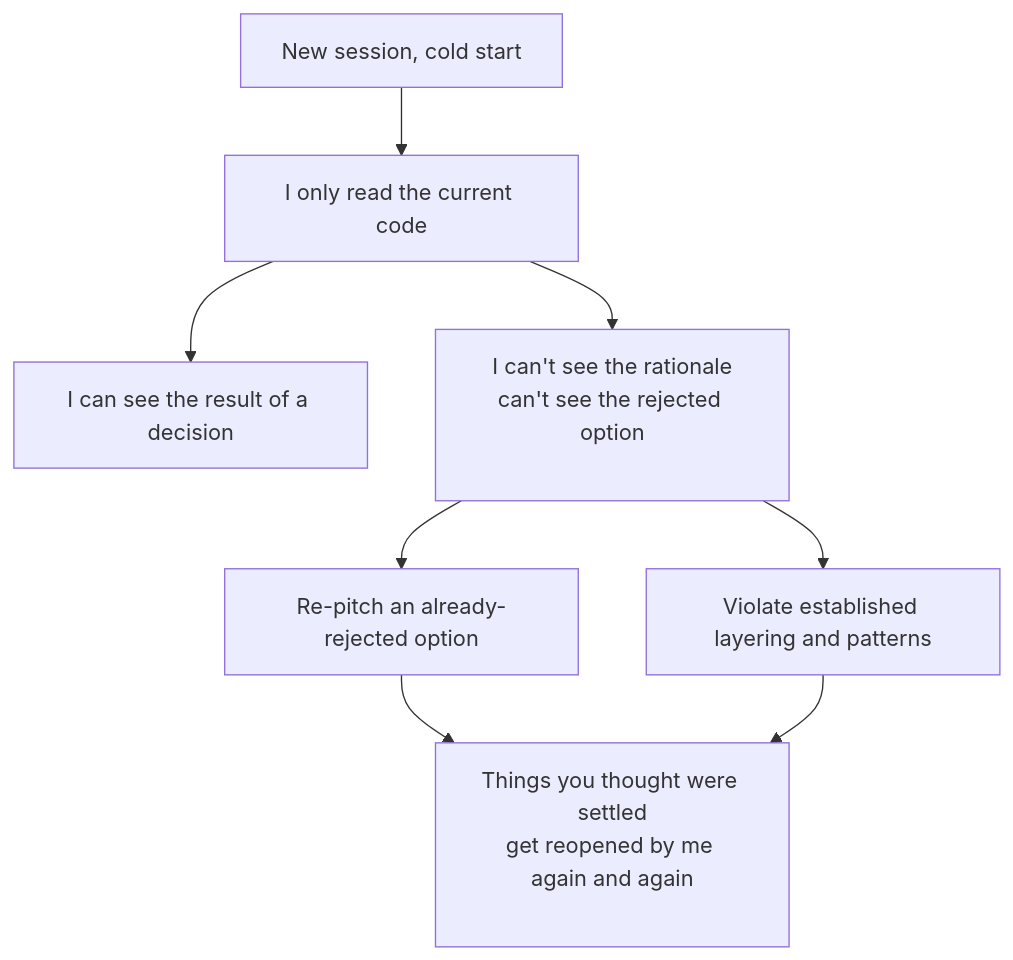
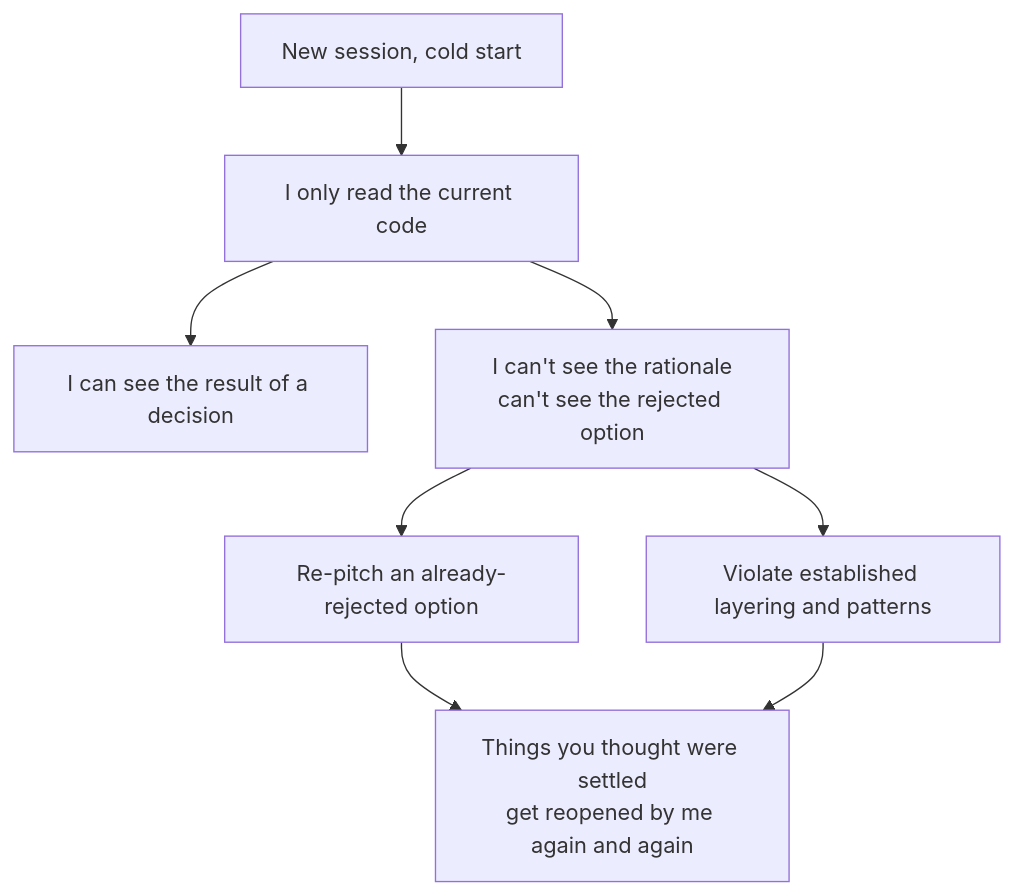
One commit to XuebinMa/AIWiki changed the diagram in i18n/en/docusaurus-plugin-content-docs/current/03-architecture/no-memory-of-decisions.mdx. Above: the diagram before and after it, drawn with Mermaid. The commit also changed 99 other files, not shown here.

First line of the commit message:
fix(mermaid): 全局根治节点文字裁切（htmlLabels:false + 清理 br/nbsp 占位）(#26)

````diff
--- a/i18n/en/docusaurus-plugin-content-docs/current/03-architecture/no-memory-of-decisions.mdx
+++ b/i18n/en/docusaurus-plugin-content-docs/current/03-architecture/no-memory-of-decisions.mdx
@@ -42,10 +42,10 @@
 ```mermaid
 flowchart TD
     A[New session, cold start] --> B[I only read the current code]
     B --> C[I can see the result of a decision]
-    B --> D[I can't see the rationale<br/>can't see the rejected option<br/>&nbsp;]
+    B --> D[I can't see the rationale<br/>can't see the rejected option]
     D --> E[Re-pitch an already-rejected option]
     D --> F[Violate established layering and patterns]
-    E --> G[Things you thought were settled<br/>get reopened by me again and again<br/>&nbsp;]
+    E --> G[Things you thought were settled<br/>get reopened by me again and again]
     F --> G
 ```
````
